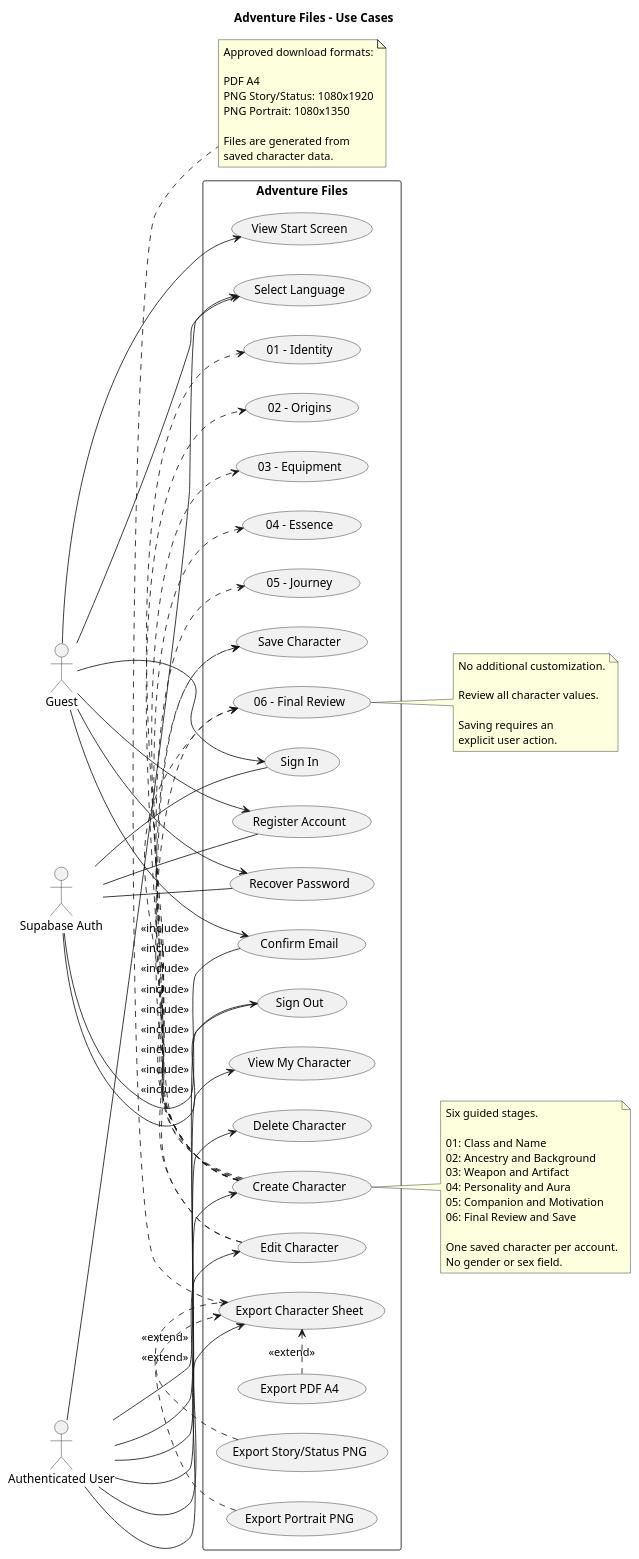
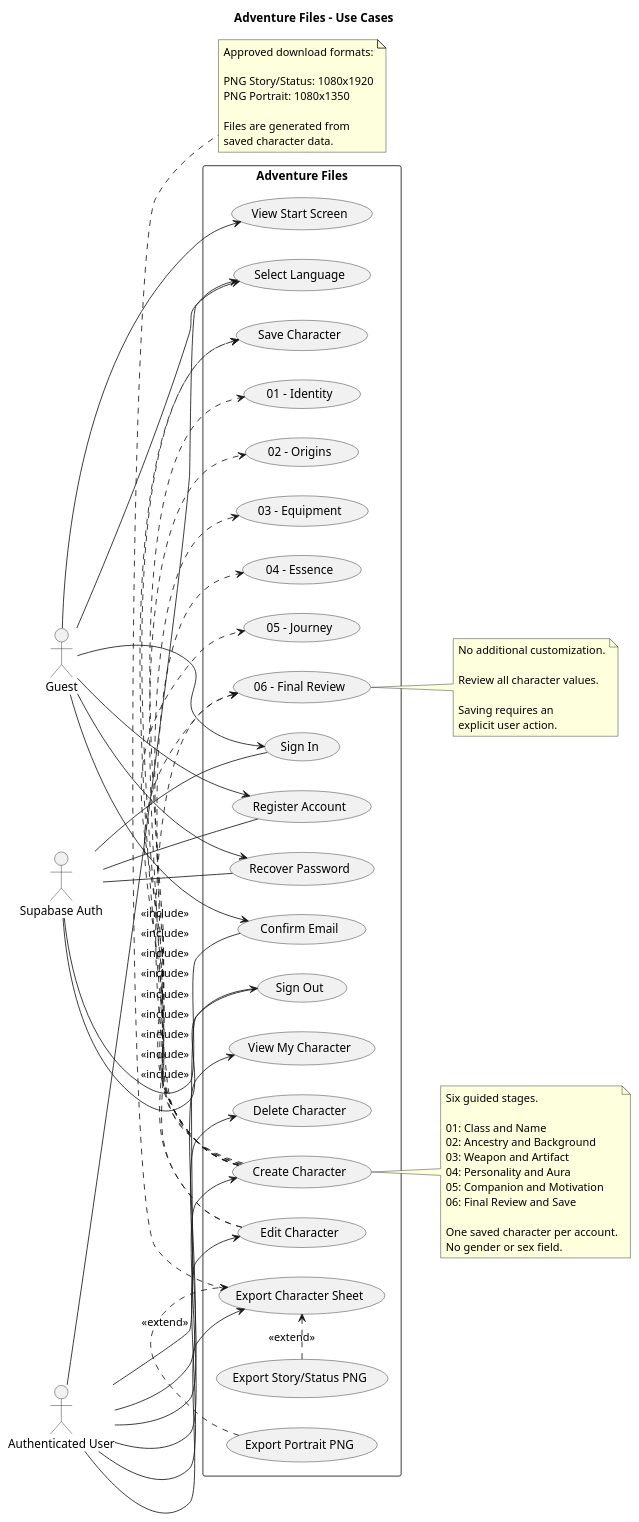
Before and after one commit to AlexandroLeao/rpg-character-creator: the diagram in docs/uml/use-cases.puml, drawn with PlantUML. The commit also changed 2 other files, not shown here.

Commit message:
docs: align catalog and UML with completed character creator scope

```diff
--- a/docs/uml/use-cases.puml
+++ b/docs/uml/use-cases.puml
@@ -1,115 +1,112 @@
 @startuml
 title Adventure Files - Use Cases
 
 left to right direction
 
 skinparam shadowing false
 skinparam packageStyle rectangle
 
 actor "Guest" as Guest
 actor "Authenticated User" as User
 actor "Supabase Auth" as Auth
 
 rectangle "Adventure Files" {
 
     usecase "View Start Screen" as Welcome
     usecase "Select Language" as Language
 
     usecase "Register Account" as Register
     usecase "Confirm Email" as Confirm
     usecase "Sign In" as Login
     usecase "Recover Password" as Recover
     usecase "Sign Out" as Logout
 
     usecase "Create Character" as Create
 
     usecase "01 - Identity" as Identity
     usecase "02 - Origins" as Origins
     usecase "03 - Equipment" as Equipment
     usecase "04 - Essence" as Essence
     usecase "05 - Journey" as Journey
     usecase "06 - Final Review" as Review
 
     usecase "Save Character" as Save
 
     usecase "View My Character" as View
     usecase "Edit Character" as Edit
     usecase "Delete Character" as Delete
 
     usecase "Export Character Sheet" as Export
-    usecase "Export PDF A4" as ExportPDF
     usecase "Export Story/Status PNG" as ExportStory
     usecase "Export Portrait PNG" as ExportPortrait
 }
 
 Guest --> Welcome
 Guest --> Language
 Guest --> Register
 Guest --> Confirm
 Guest --> Login
 Guest --> Recover
 
 User --> Language
 User --> Logout
 User --> Create
 User --> View
 User --> Edit
 User --> Delete
 User --> Export
 
 Create .> Identity : <<include>>
 Create .> Origins : <<include>>
 Create .> Equipment : <<include>>
 Create .> Essence : <<include>>
 Create .> Journey : <<include>>
 Create .> Review : <<include>>
 Create .> Save : <<include>>
 
 Edit .> Review : <<include>>
 Edit .> Save : <<include>>
 
-ExportPDF .> Export : <<extend>>
 ExportStory .> Export : <<extend>>
 ExportPortrait .> Export : <<extend>>
 
 Auth -- Register
 Auth -- Confirm
 Auth -- Login
 Auth -- Recover
 Auth -- Logout
 
 note right of Create
   Six guided stages.
 
   01: Class and Name
   02: Ancestry and Background
   03: Weapon and Artifact
   04: Personality and Aura
   05: Companion and Motivation
   06: Final Review and Save
 
   One saved character per account.
   No gender or sex field.
 end note
 
 note right of Review
   No additional customization.
 
   Review all character values.
 
   Saving requires an
   explicit user action.
 end note
 
 note bottom of Export
   Approved download formats:
 
-  PDF A4
   PNG Story/Status: 1080x1920
   PNG Portrait: 1080x1350
 
   Files are generated from
   saved character data.
 end note
 
 @enduml
```
